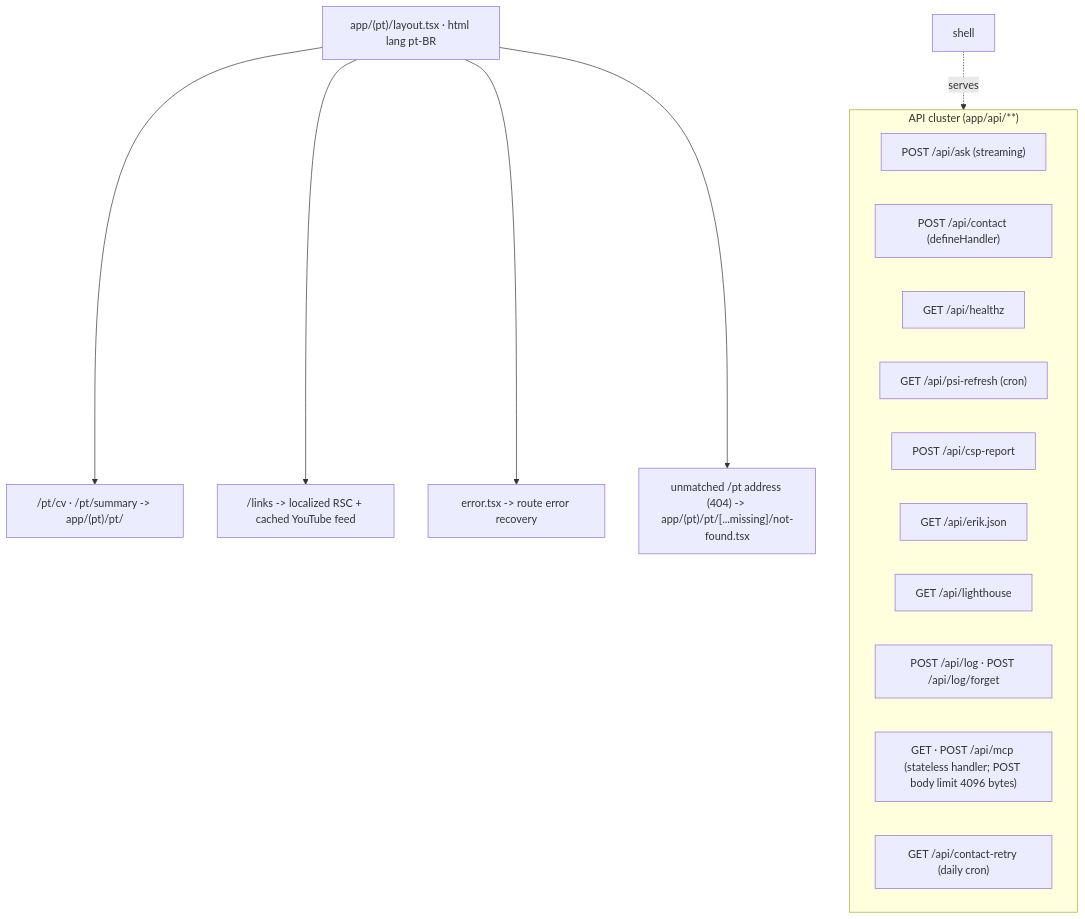
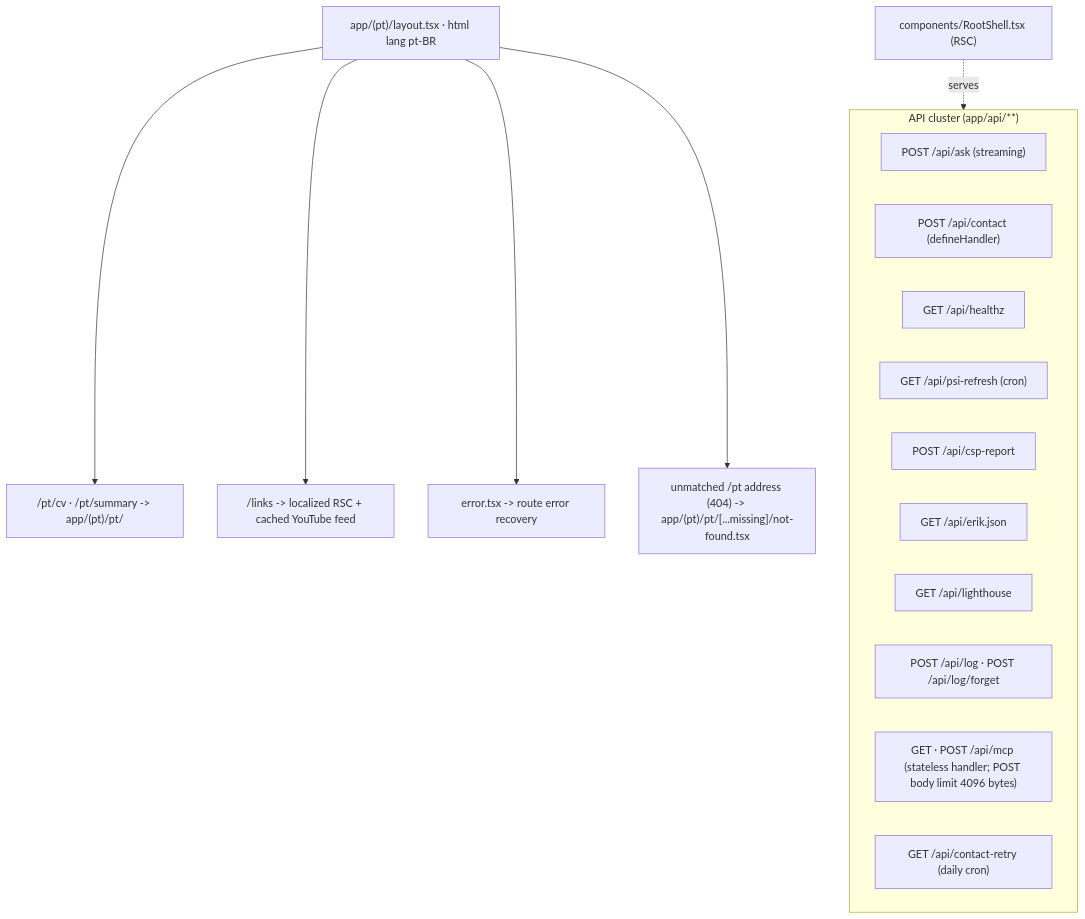
One commit to erikunha/portfolio changed the third of 14 diagrams in docs/03-rendering-and-data-flow.md. Above: the diagram before and after it, drawn with Mermaid. The commit also changed other lines of this file and 9 other files, not shown here.

First line of the commit message:
docs(architecture): correct mixer fallback, forget route, file tree and defined terms

````diff
--- a/docs/03-rendering-and-data-flow.md
+++ b/docs/03-rendering-and-data-flow.md
@@ -50,21 +50,21 @@
 ```mermaid
 flowchart TD
     layoutPt["app/(pt)/layout.tsx · html lang pt-BR"]
     layoutPt --> ptReading["/pt/cv · /pt/summary -> app/(pt)/pt/"]
     layoutPt --> linksPt["/links -> localized RSC + cached YouTube feed"]
     layoutPt --> errorsPt["error.tsx -> route error recovery"]
     layoutPt --> nfPt["unmatched /pt address (404) -> app/(pt)/pt/[...missing]/not-found.tsx"]
-    shell -.serves.-> api
+    shell["components/RootShell.tsx (RSC)"] -.serves.-> api
     subgraph api["API cluster (app/api/**)"]
     api1["POST /api/ask (streaming)"]
     api2["POST /api/contact (defineHandler)"]
     api3["GET /api/healthz"]
     api4["GET /api/psi-refresh (cron)"]
     api5["POST /api/csp-report"]
     api6["GET /api/erik.json"]
     api7["GET /api/lighthouse"]
     api8["POST /api/log · POST /api/log/forget"]
     api9["GET · POST /api/mcp (stateless handler; POST body limit 4096 bytes)"]
     api10["GET /api/contact-retry (daily cron)"]
     end
 ```
````
